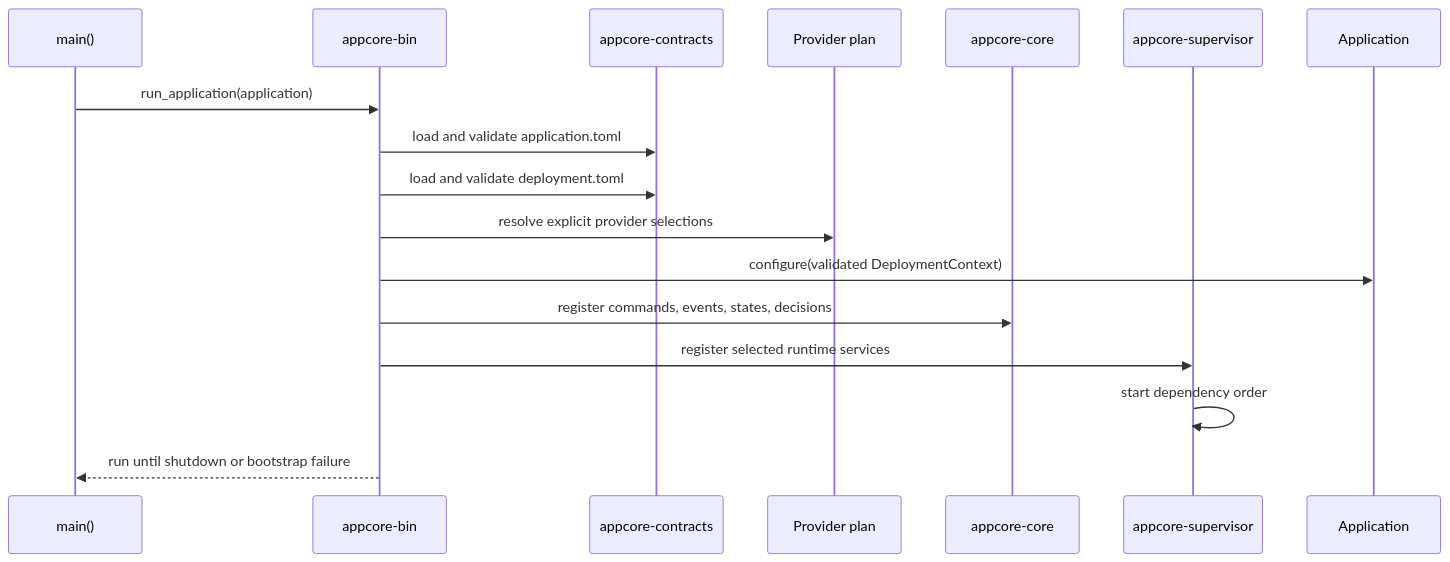
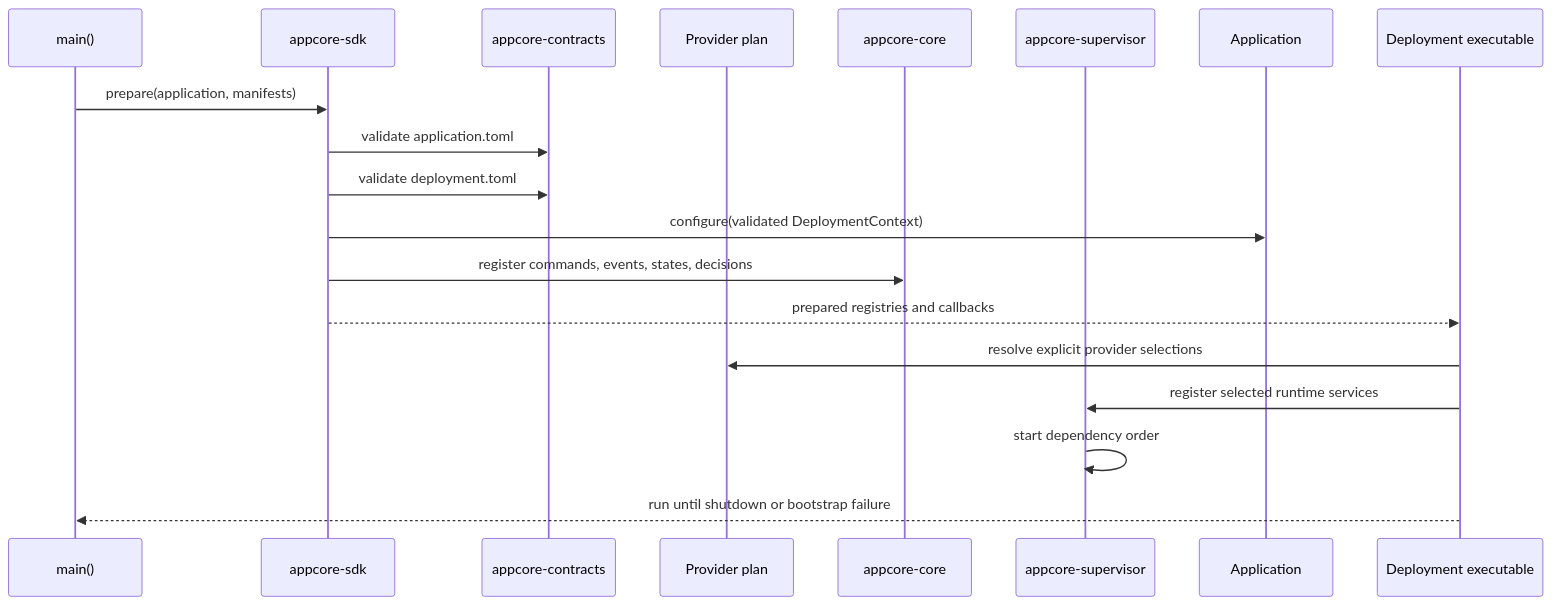
One commit to dnettoRaw/appcore-wiki changed the second of 2 diagrams in docs/introduction/what-is-appcore.md. Above: the diagram before and after it, drawn with Mermaid. The commit also changed other lines of this file and 41 other files, not shown here.

Commit message:
Replace retired host guidance with SDK workflows

````diff
--- a/docs/introduction/what-is-appcore.md
+++ b/docs/introduction/what-is-appcore.md
@@ -58,20 +62,23 @@
 ```mermaid
 sequenceDiagram
     participant Main as main()
-    participant Host as appcore-bin
+    participant SDK as appcore-sdk
     participant Contracts as appcore-contracts
     participant Providers as Provider plan
     participant Core as appcore-core
     participant Supervisor as appcore-supervisor
     participant App as Application
 
-    Main->>Host: run_application(application)
-    Host->>Contracts: load and validate application.toml
-    Host->>Contracts: load and validate deployment.toml
-    Host->>Providers: resolve explicit provider selections
-    Host->>App: configure(validated DeploymentContext)
-    Host->>Core: register commands, events, states, decisions
-    Host->>Supervisor: register selected runtime services
+    participant Deployment as Deployment executable
+
+    Main->>SDK: prepare(application, manifests)
+    SDK->>Contracts: validate application.toml
+    SDK->>Contracts: validate deployment.toml
+    SDK->>App: configure(validated DeploymentContext)
+    SDK->>Core: register commands, events, states, decisions
+    SDK-->>Deployment: prepared registries and callbacks
+    Deployment->>Providers: resolve explicit provider selections
+    Deployment->>Supervisor: register selected runtime services
     Supervisor->>Supervisor: start dependency order
-    Host-->>Main: run until shutdown or bootstrap failure
+    Deployment-->>Main: run until shutdown or bootstrap failure
 ```
````
